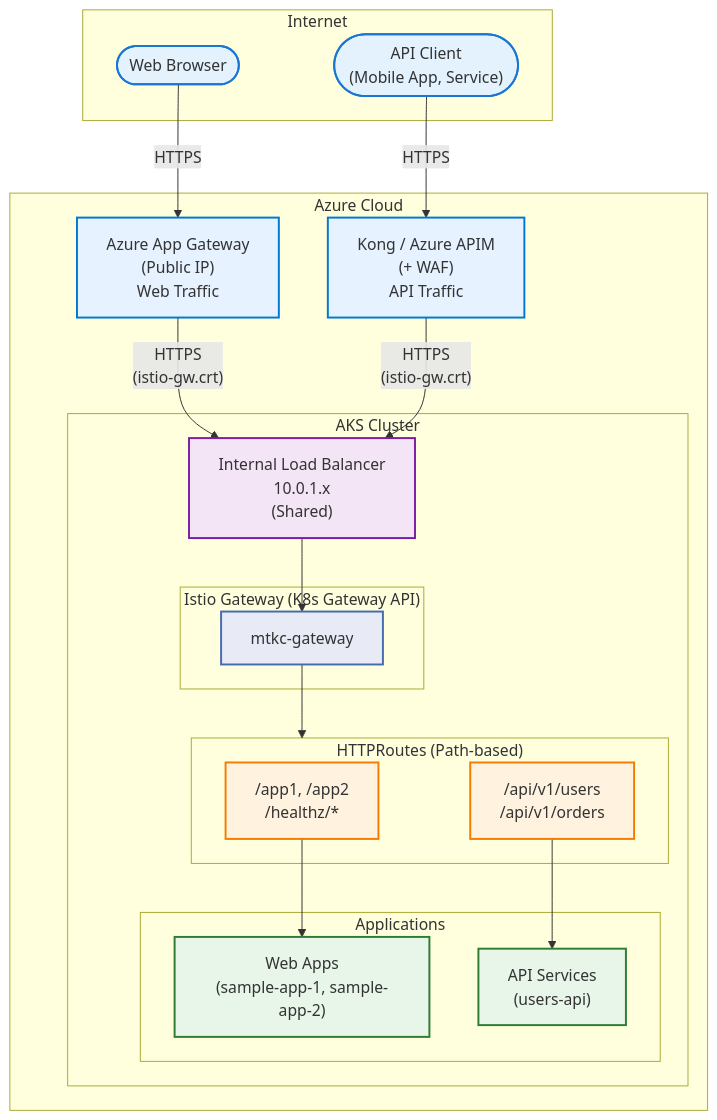
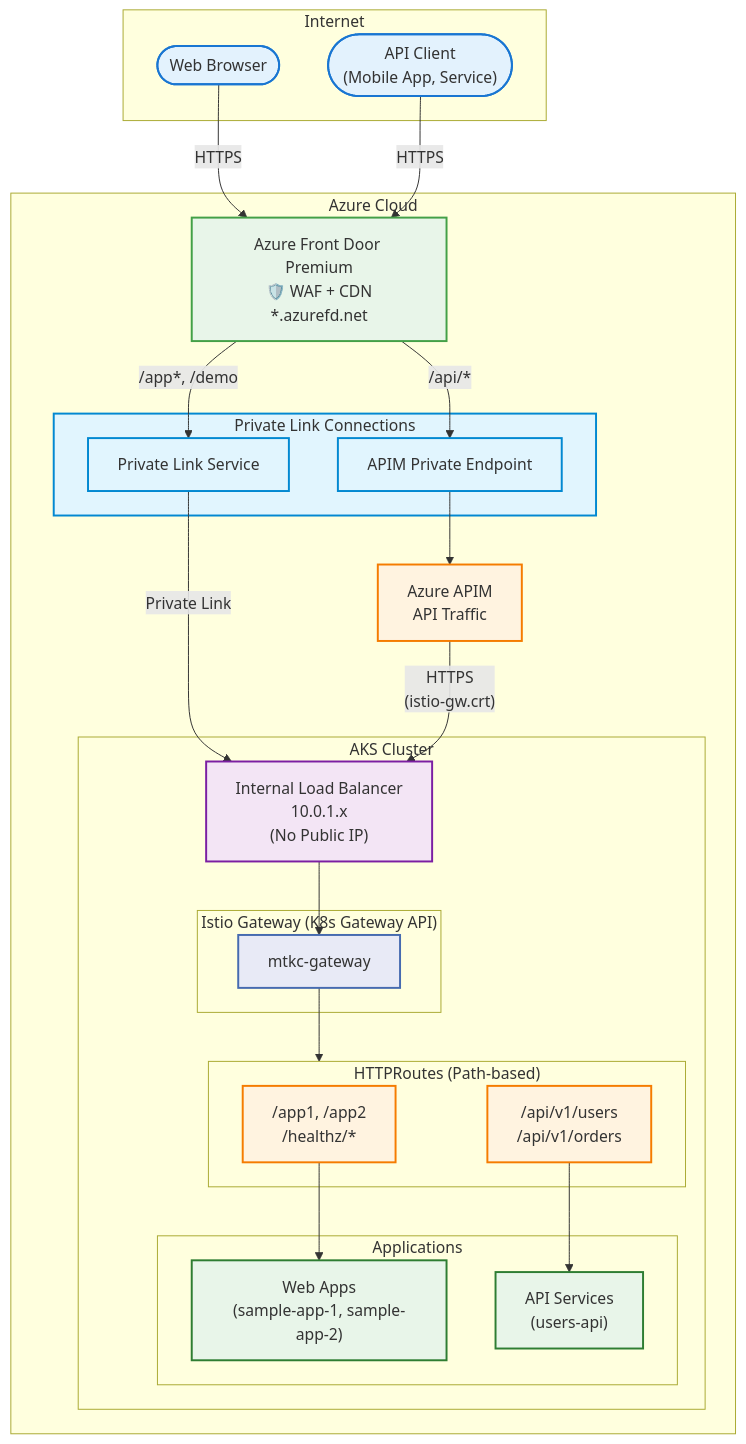
The eighth of 11 diagrams in README.md (shanaka-versent/AKS-Istio-GatewayAPI-Demo), drawn with Mermaid before and after one commit. The commit also changed other lines of this file, not shown here.

First line of the commit message:
Update all architecture diagrams to show Front Door + Private Link

````diff
--- a/README.md
+++ b/README.md
@@ -880,55 +893,69 @@
 ```mermaid
 flowchart TB
     subgraph Internet["Internet"]
         WebClient(["Web Browser"])
         APIClient(["API Client<br/>(Mobile App, Service)"])
     end
 
     subgraph Azure["Azure Cloud"]
-        AppGW["Azure App Gateway<br/>(Public IP)<br/>Web Traffic"]
-        APIM["Kong / Azure APIM<br/>(+ WAF)<br/>API Traffic"]
+        FD["Azure Front Door Premium<br/>🛡️ WAF + CDN<br/>*.azurefd.net"]
+
+        subgraph PrivateConnections["Private Link Connections"]
+            PLS["Private Link Service"]
+            APIM_PE["APIM Private Endpoint"]
+        end
+
+        APIM["Azure APIM<br/>API Traffic"]
 
         subgraph AKS["AKS Cluster"]
-            ILB["Internal Load Balancer<br/>10.0.1.x<br/>(Shared)"]
+            ILB["Internal Load Balancer<br/>10.0.1.x<br/>(No Public IP)"]
 
             subgraph Gateway["Istio Gateway (K8s Gateway API)"]
                 GW["mtkc-gateway"]
             end
 
             subgraph Routes["HTTPRoutes (Path-based)"]
                 WebRoutes["/app1, /app2<br/>/healthz/*"]
                 APIRoutes["/api/v1/users<br/>/api/v1/orders"]
             end
 
             subgraph Apps["Applications"]
                 WebApps["Web Apps<br/>(sample-app-1, sample-app-2)"]
                 APIs["API Services<br/>(users-api)"]
             end
         end
     end
 
-    WebClient -->|"HTTPS"| AppGW
-    APIClient -->|"HTTPS"| APIM
+    WebClient -->|"HTTPS"| FD
+    APIClient -->|"HTTPS"| FD
 
-    AppGW -->|"HTTPS<br/>(istio-gw.crt)"| ILB
+    FD -->|"/app*, /demo"| PLS
+    FD -->|"/api/*"| APIM_PE
+
+    PLS -->|"Private Link"| ILB
+    APIM_PE --> APIM
     APIM -->|"HTTPS<br/>(istio-gw.crt)"| ILB
 
     ILB --> GW
     GW --> Routes
     WebRoutes --> WebApps
     APIRoutes --> APIs
 
     classDef internet fill:#e3f2fd,stroke:#1976d2,stroke-width:2px
-    classDef azure fill:#e6f2ff,stroke:#0078d4,stroke-width:2px
+    classDef frontdoor fill:#e8f5e9,stroke:#43a047,stroke-width:2px
+    classDef privatelink fill:#e1f5fe,stroke:#0288d1,stroke-width:2px
+    classDef apim fill:#fff3e0,stroke:#f57c00,stroke-width:2px
     classDef ilb fill:#f3e5f5,stroke:#7b1fa2,stroke-width:2px
     classDef gateway fill:#e8eaf6,stroke:#466bb0,stroke-width:2px
     classDef routes fill:#fff3e0,stroke:#f57c00,stroke-width:2px
     classDef apps fill:#e8f5e9,stroke:#2e7d32,stroke-width:2px
 
     class WebClient,APIClient internet
-    class AppGW,APIM azure
+    class FD frontdoor
+    class PrivateConnections,PLS,APIM_PE privatelink
+    class APIM apim
     class ILB ilb
     class GW gateway
     class WebRoutes,APIRoutes routes
     class WebApps,APIs apps
 ```
````
